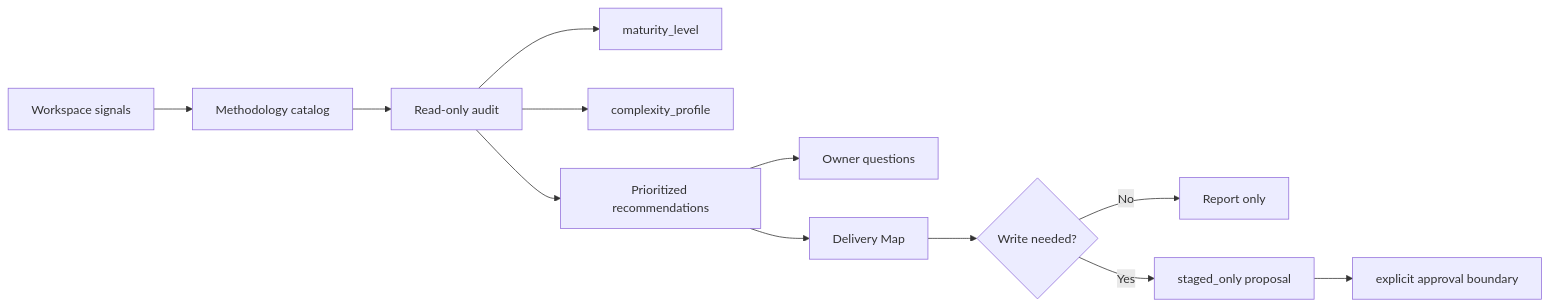
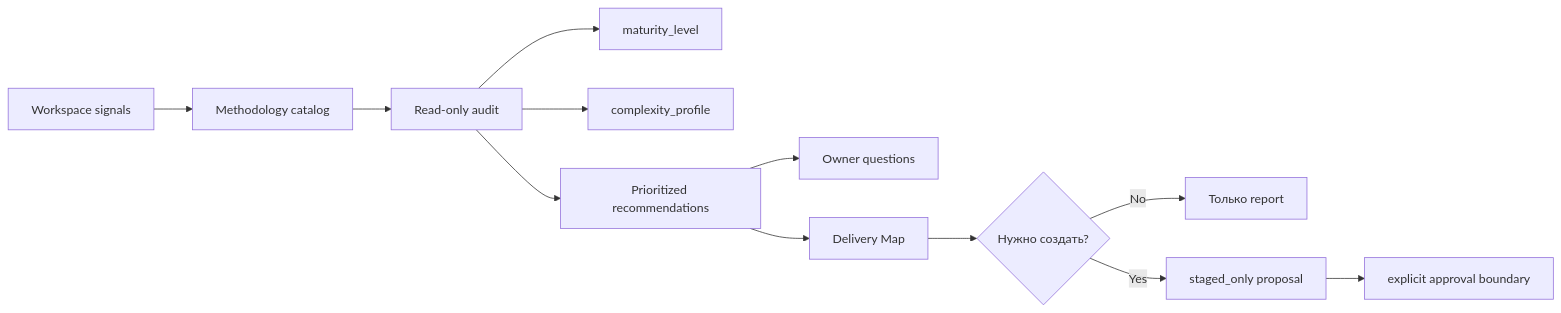
Before and after one commit to alexroadcaster/product-agent-os: the fifth of 9 diagrams in docs/product-agent-os/architecture.md, drawn with Mermaid. The commit also changed other lines of this file and 447 other files, not shown here.

````diff
--- a/docs/product-agent-os/architecture.md
+++ b/docs/product-agent-os/architecture.md
@@ -134,14 +134,14 @@
 ```mermaid
 flowchart LR
     W["Workspace signals"] --> C["Methodology catalog"]
     C --> A["Read-only audit"]
     A --> M["maturity_level"]
     A --> P["complexity_profile"]
     A --> R["Prioritized recommendations"]
     R --> Q["Owner questions"]
     R --> D["Delivery Map"]
-    D --> S{"Write needed?"}
-    S -->|No| O["Report only"]
+    D --> S{"Нужно создать?"}
+    S -->|No| O["Только report"]
     S -->|Yes| G["staged_only proposal"]
     G --> X["explicit approval boundary"]
 ```
````
